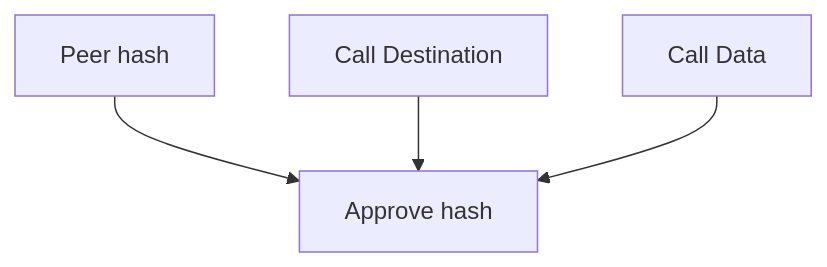
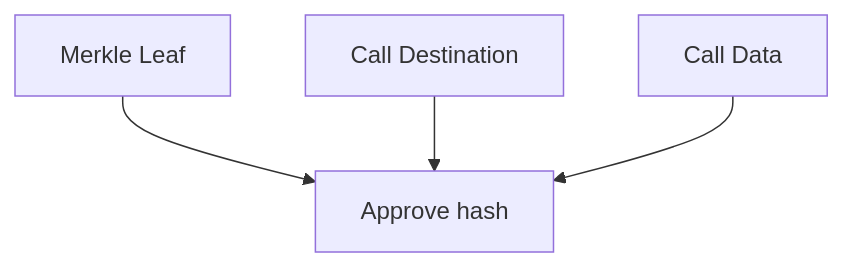
Diagram 16 of 17 in EIPS/eip-2429.md (ethereum/EIPs), drawn with Mermaid before and after one commit. The commit also changed other lines of this file, not shown here.

Commit message:
make approve hashes unique between guardians

````diff
--- a/EIPS/eip-2429.md
+++ b/EIPS/eip-2429.md
@@ -497,10 +514,10 @@
 ```mermaid
 	graph TB
-    hash_to_peer["Peer hash"]
+    leaf_hash["Merkle Leaf"]
     call_destination["Call Destination"]
     call_data["Call Data"]
     approve_hash["Approve hash"]  
-    hash_to_peer --> approve_hash;
+    leaf_hash --> approve_hash;
     call_destination --> approve_hash; 
     call_data --> approve_hash; 
 ```
````
